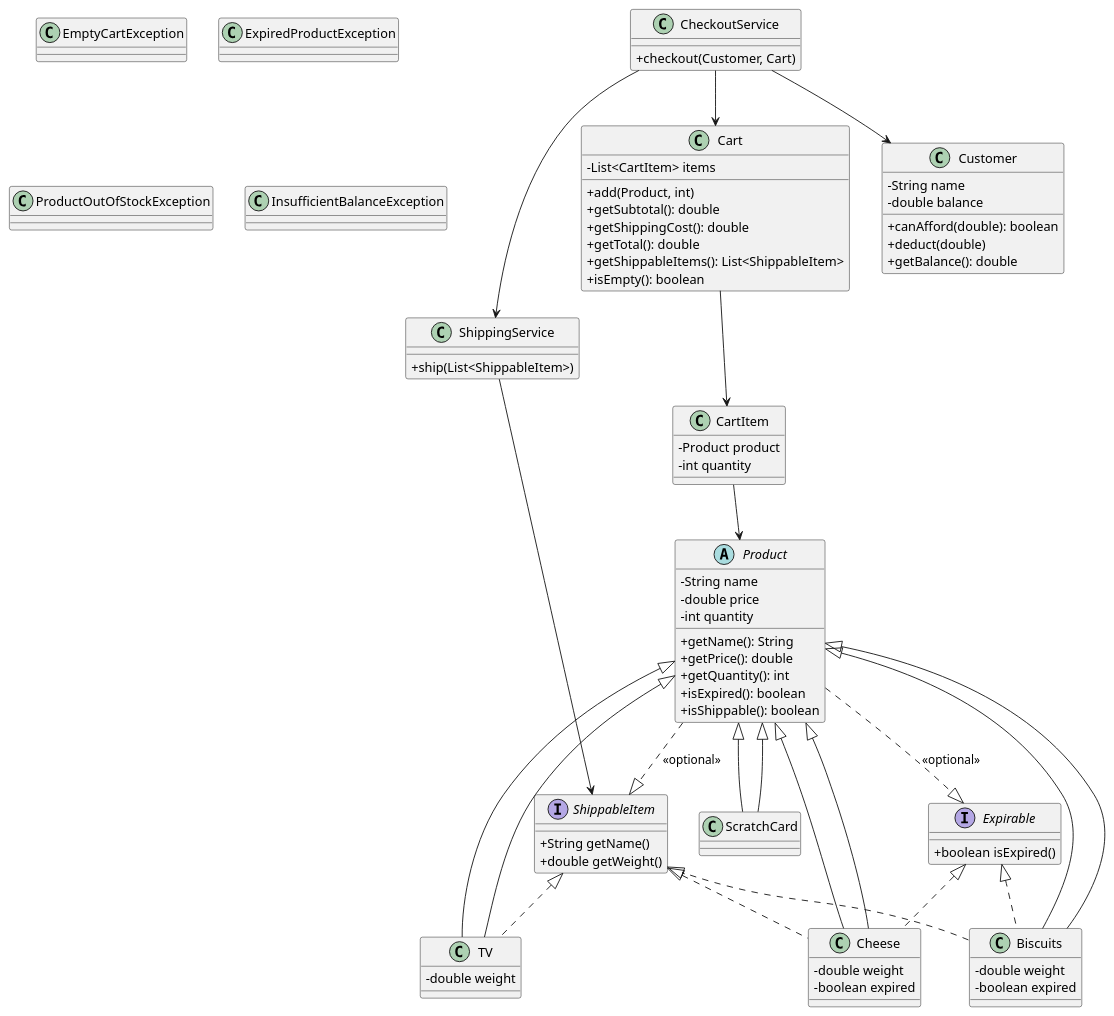
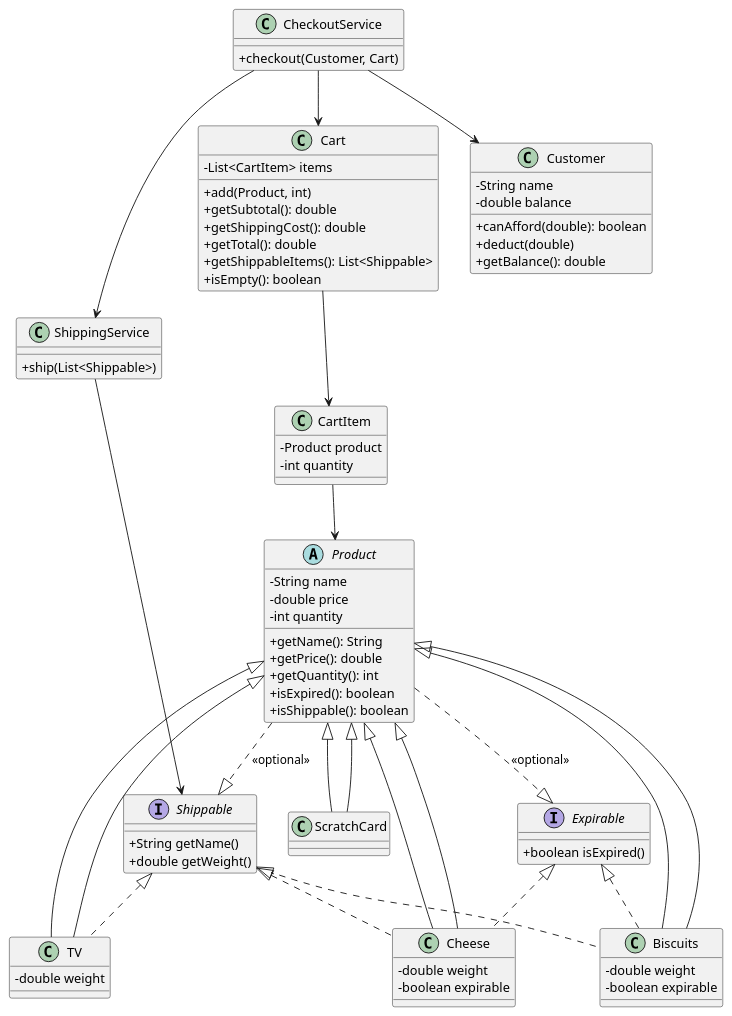
The diagram in src/main/ClassDiagram.plantuml (ebaaamostafa/Ecommerce-system), drawn with PlantUML before and after one commit. The commit also changed 8 other files, not shown here.

```diff
--- a/src/main/ClassDiagram.plantuml
+++ b/src/main/ClassDiagram.plantuml
@@ -1,108 +1,95 @@
 @startuml
-' Set style
 skinparam classAttributeIconSize 0
 
-' Interfaces
-interface ShippableItem {
+interface Shippable {
     +String getName()
     +double getWeight()
 }
 
 interface Expirable {
     +boolean isExpired()
 }
 
-' Abstract Product
 abstract class Product {
     -String name
     -double price
     -int quantity
 
     +getName(): String
     +getPrice(): double
     +getQuantity(): int
     +isExpired(): boolean
     +isShippable(): boolean
 }
 
-' Concrete Product Classes
-class Cheese extends Product implements Expirable, ShippableItem {
+class Cheese extends Product implements Expirable, Shippable {
     -double weight
-    -boolean expired
-}
+    -boolean expirable
+    }
 
-class Biscuits extends Product implements Expirable, ShippableItem {
-    -double weight
-    -boolean expired
-}
 
-class TV extends Product implements ShippableItem {
+
+class TV extends Product implements Shippable {
     -double weight
 }
 
 class ScratchCard extends Product {
-    ' no extra attributes
+
 }
+class Biscuits extends Product implements Expirable, Shippable {
+    -double weight
+    -boolean expirable
+    }
 
-' Cart Item
 class CartItem {
     -Product product
     -int quantity
 }
 
-' Cart
 class Cart {
     -List<CartItem> items
 
     +add(Product, int)
     +getSubtotal(): double
     +getShippingCost(): double
     +getTotal(): double
-    +getShippableItems(): List<ShippableItem>
+    +getShippableItems(): List<Shippable>
     +isEmpty(): boolean
 }
 
-' Customer
 class Customer {
     -String name
     -double balance
 
     +canAfford(double): boolean
     +deduct(double)
     +getBalance(): double
 }
 
-' Services
 class CheckoutService {
     +checkout(Customer, Cart)
 }
 
 class ShippingService {
-    +ship(List<ShippableItem>)
+    +ship(List<Shippable>)
 }
 
-' Exceptions
-class EmptyCartException
-class ExpiredProductException
-class ProductOutOfStockException
-class InsufficientBalanceException
 
-' Relationships
 Product <|-- Cheese
 Product <|-- Biscuits
 Product <|-- TV
 Product <|-- ScratchCard
 
-Product ..|> ShippableItem : <<optional>>
+Product ..|> Shippable : <<optional>>
 Product ..|> Expirable : <<optional>>
 
 Cart --> CartItem
 CartItem --> Product
 
 CheckoutService --> Customer
 CheckoutService --> Cart
 CheckoutService --> ShippingService
 
-ShippingService --> ShippableItem
+ShippingService --> Shippable
 
 @enduml
```
